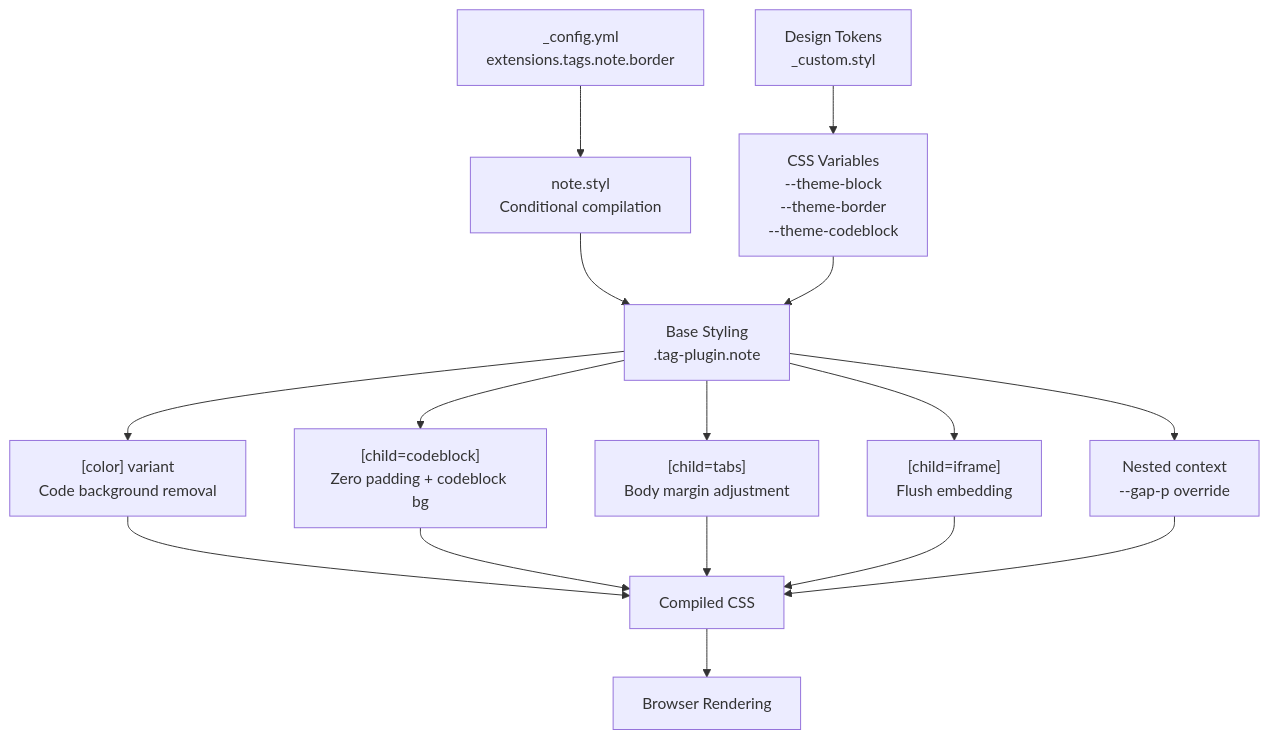
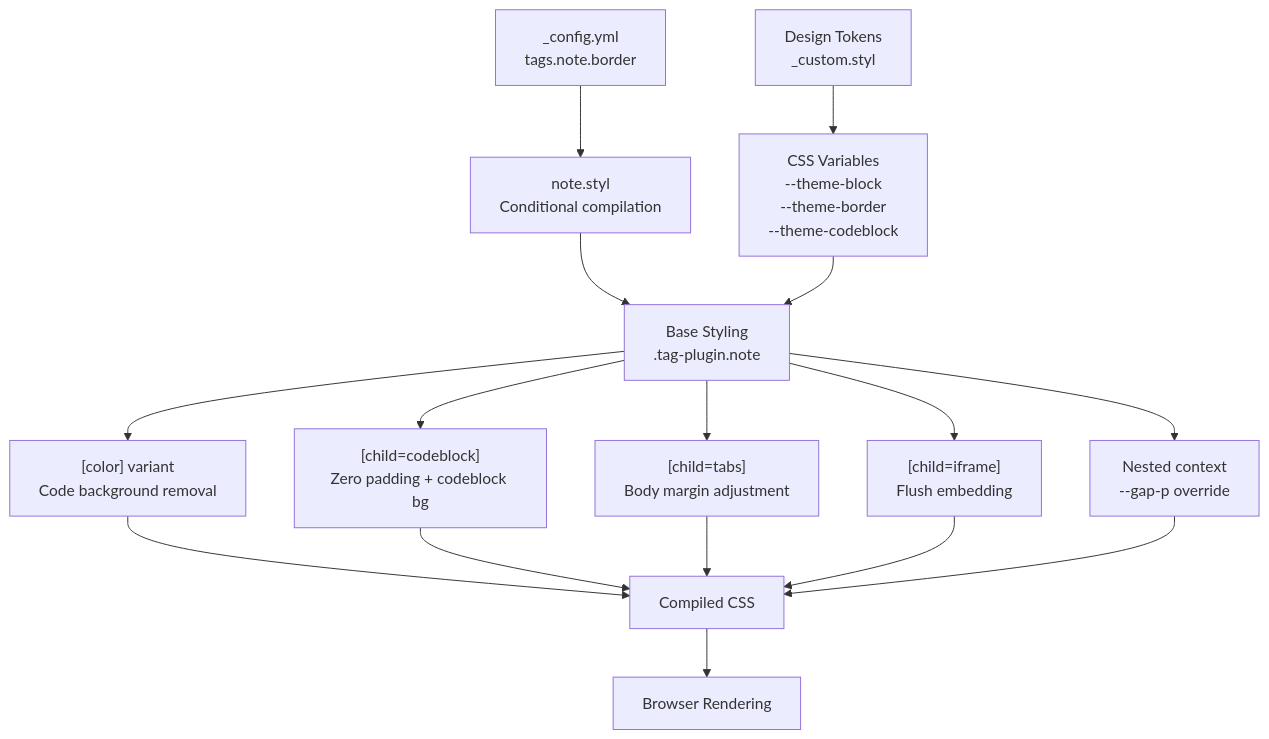
Before and after one commit to xaoxuu/hexo-theme-stellar: the sixth of 6 diagrams in docs/knowledge/04-标签插件/note-container-tags.md, drawn with Mermaid. The commit also changed other lines of this file and 42 other files, not shown here.

````diff
--- a/docs/knowledge/04-标签插件/note-container-tags.md
+++ b/docs/knowledge/04-标签插件/note-container-tags.md
@@ -339,26 +339,26 @@
 ```mermaid
 graph TB
-    CONFIG["_config.yml<br/>extensions.tags.note.border"]
+    CONFIG["_config.yml<br/>tags.note.border"]
     TOKENS["Design Tokens<br/>_custom.styl"]
     
     CONFIG --> STYLUS["note.styl<br/>Conditional compilation"]
     TOKENS --> VARS["CSS Variables<br/>--theme-block<br/>--theme-border<br/>--theme-codeblock"]
     
     STYLUS --> BASE["Base Styling<br/>.tag-plugin.note"]
     VARS --> BASE
     
     BASE --> SELECTOR1["[color] variant<br/>Code background removal"]
     BASE --> SELECTOR2["[child=codeblock]<br/>Zero padding + codeblock bg"]
     BASE --> SELECTOR3["[child=tabs]<br/>Body margin adjustment"]
     BASE --> SELECTOR4["[child=iframe]<br/>Flush embedding"]
     
     BASE --> NESTED["Nested context<br/>--gap-p override"]
     
     SELECTOR1 --> OUTPUT["Compiled CSS"]
     SELECTOR2 --> OUTPUT
     SELECTOR3 --> OUTPUT
     SELECTOR4 --> OUTPUT
     NESTED --> OUTPUT
     
     OUTPUT --> BROWSER["Browser Rendering"]
 ```
````
